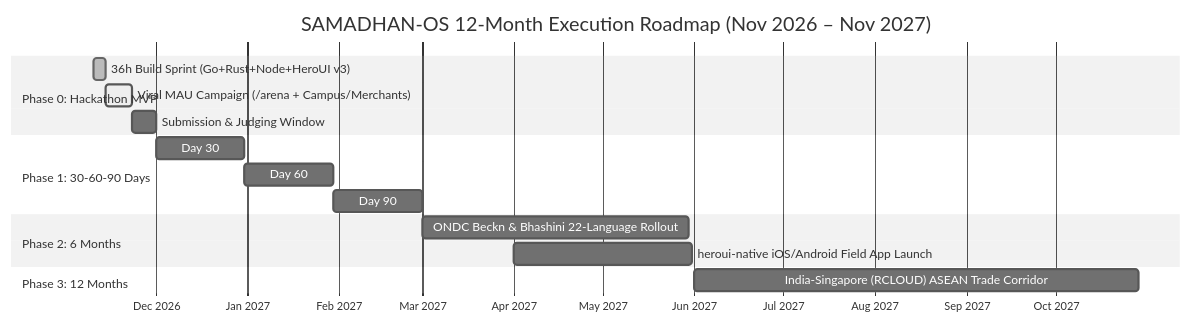
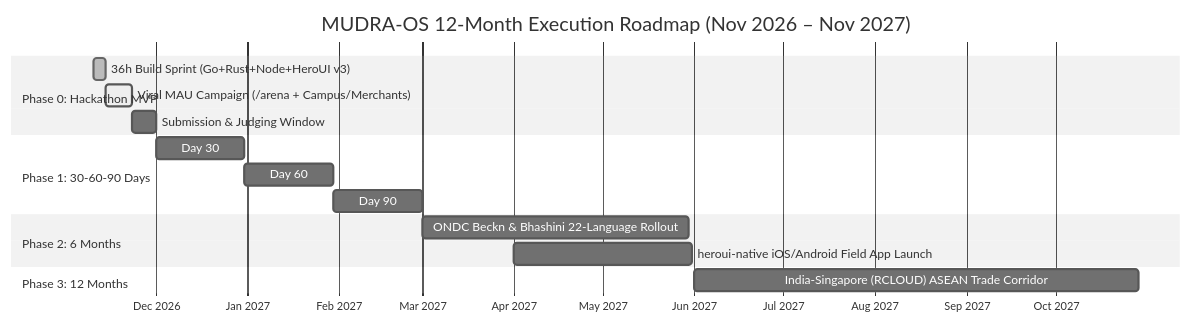
One commit to mridulbansal4/Mudra changed the diagram in docs/01-product/ROADMAP.md. Above: the diagram before and after it, drawn with Mermaid (neutral theme). The commit also changed other lines of this file and 288 other files, not shown here.

````diff
--- a/docs/01-product/ROADMAP.md
+++ b/docs/01-product/ROADMAP.md
@@ -9,19 +9,19 @@
 ```mermaid
 gantt
-    title SAMADHAN-OS 12-Month Execution Roadmap (Nov 2026 – Nov 2027)
+    title MUDRA-OS 12-Month Execution Roadmap (Nov 2026 – Nov 2027)
     dateFormat  YYYY-MM-DD
     axisFormat  %b %Y
     section Phase 0: Hackathon MVP
     36h Build Sprint (Go+Rust+Node+HeroUI v3)    :done, p0a, 2026-11-10, 4d
     Viral MAU Campaign (/arena + Campus/Merchants):active, p0b, 2026-11-14, 9d
     Submission & Judging Window                  :p0c, 2026-11-23, 8d
     section Phase 1: 30-60-90 Days
     Day 30: Used-GPU & Campus Thrift Production  :p1a, 2026-12-01, 30d
     Day 60: RBI PA-Escrow & UPI ASBA Live Rail   :p1b, 2026-12-31, 30d
     Day 90: Tirupur-Ludhiana Machinery Pilot     :p1c, 2027-01-30, 30d
     section Phase 2: 6 Months
     ONDC Beckn & Bhashini 22-Language Rollout    :p2a, 2027-03-01, 90d
     heroui-native iOS/Android Field App Launch   :p2b, 2027-04-01, 60d
     section Phase 3: 12 Months
     India-Singapore (RCLOUD) ASEAN Trade Corridor:p3a, 2027-06-01, 150d
 ```
````
